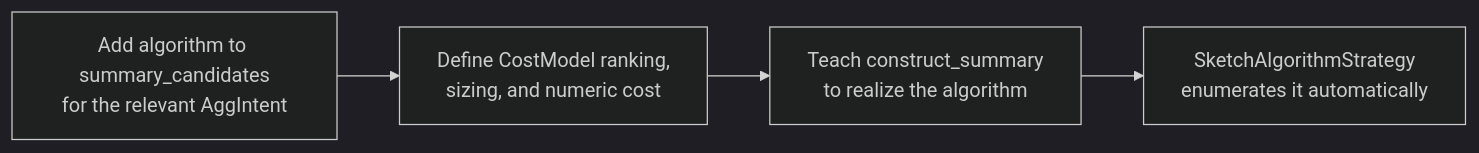
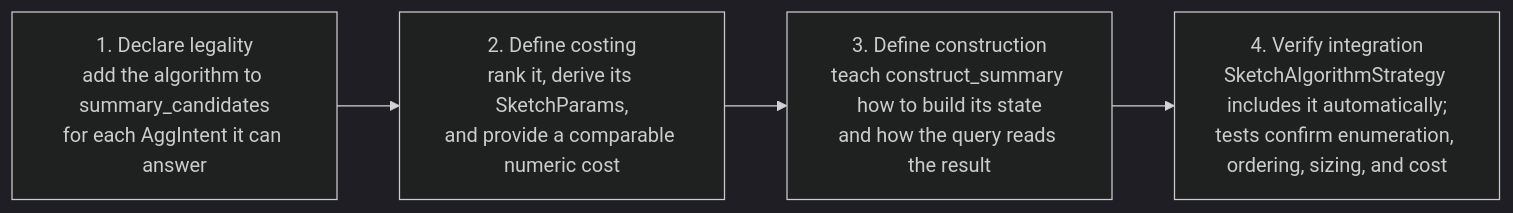
One commit to ProjectASAP/ASAPPlanner changed the sixth of 6 diagrams in docs/developer_docs/ASAP-aware-mapping-developer-guide.md. Above: the diagram before and after it, drawn with Mermaid (dark theme). The commit also changed other lines of this file, not shown here.

Commit message:
docs(asap-aware-mapping): make architecture diagrams self-explanatory

````diff
--- a/docs/developer_docs/ASAP-aware-mapping-developer-guide.md
+++ b/docs/developer_docs/ASAP-aware-mapping-developer-guide.md
@@ -1214,7 +1232,7 @@
 ```mermaid
 flowchart LR
-  MAP["Add algorithm to summary_candidates<br/>for the relevant AggIntent"]
-  MAP --> MODEL["Define CostModel ranking,<br/>sizing, and numeric cost"]
-  MODEL --> BUILD["Teach construct_summary<br/>to realize the algorithm"]
-  BUILD --> ENUM["SketchAlgorithmStrategy<br/>enumerates it automatically"]
+  MAP["1. Declare legality<br/>add the algorithm to summary_candidates<br/>for each AggIntent it can answer"]
+  MAP --> MODEL["2. Define costing<br/>rank it, derive its SketchParams,<br/>and provide a comparable numeric cost"]
+  MODEL --> BUILD["3. Define construction<br/>teach construct_summary how to build its state<br/>and how the query reads the result"]
+  BUILD --> ENUM["4. Verify integration<br/>SketchAlgorithmStrategy includes it automatically;<br/>tests confirm enumeration, ordering, sizing, and cost"]
 ```
````
